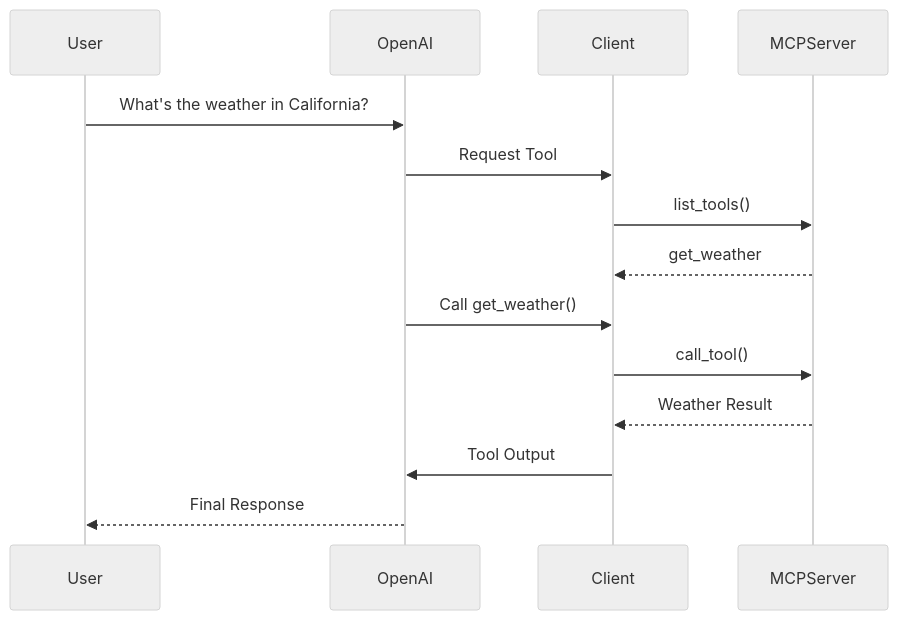
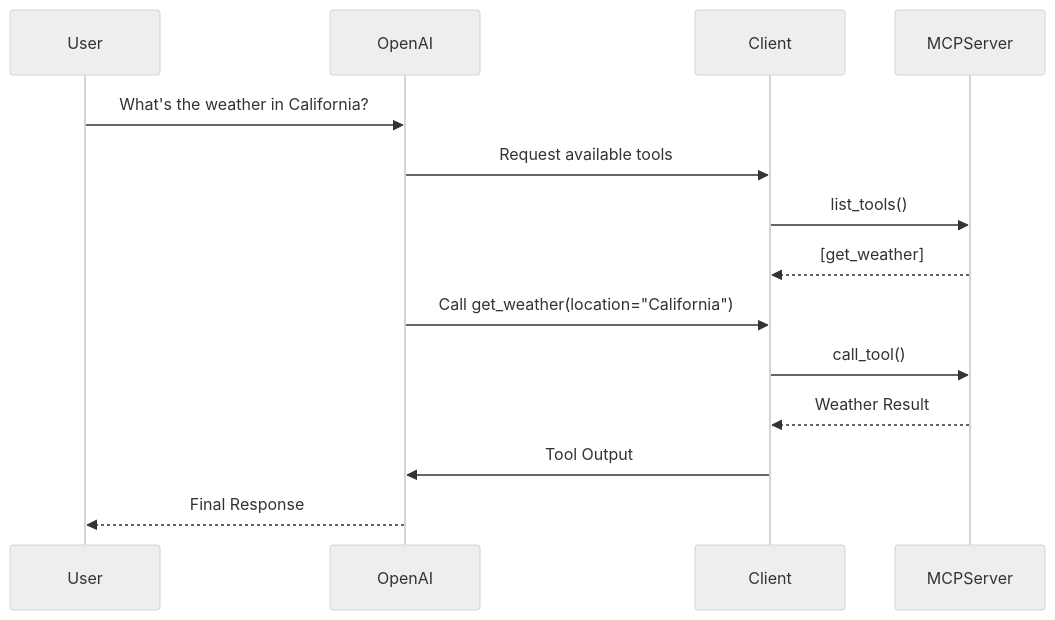
The second of 3 diagrams in 09 MCP Client Deep Dive/README.md (udityamerit/Complete-Guide-to-MCP-in-Python), drawn with Mermaid (neutral theme) before and after one commit. The commit also changed other lines of this file and 3 other files, not shown here.

````diff
--- a/09 MCP Client Deep Dive/README.md
+++ b/09 MCP Client Deep Dive/README.md
@@ -83,26 +64,17 @@
 ```mermaid
 sequenceDiagram
+    participant User
+    participant OpenAI
+    participant Client
+    participant MCPServer
 
-participant User
-participant OpenAI
-participant Client
-participant MCPServer
-
-User->>OpenAI: What's the weather in California?
-
-OpenAI->>Client: Request Tool
-
-Client->>MCPServer: list_tools()
-
-MCPServer-->>Client: get_weather
-
-OpenAI->>Client: Call get_weather()
-
-Client->>MCPServer: call_tool()
-
-MCPServer-->>Client: Weather Result
-
-Client->>OpenAI: Tool Output
-
-OpenAI-->>User: Final Response
+    User->>OpenAI: What's the weather in California?
+    OpenAI->>Client: Request available tools
+    Client->>MCPServer: list_tools()
+    MCPServer-->>Client: [get_weather]
+    OpenAI->>Client: Call get_weather(location="California")
+    Client->>MCPServer: call_tool()
+    MCPServer-->>Client: Weather Result
+    Client->>OpenAI: Tool Output
+    OpenAI-->>User: Final Response
 ```
````
